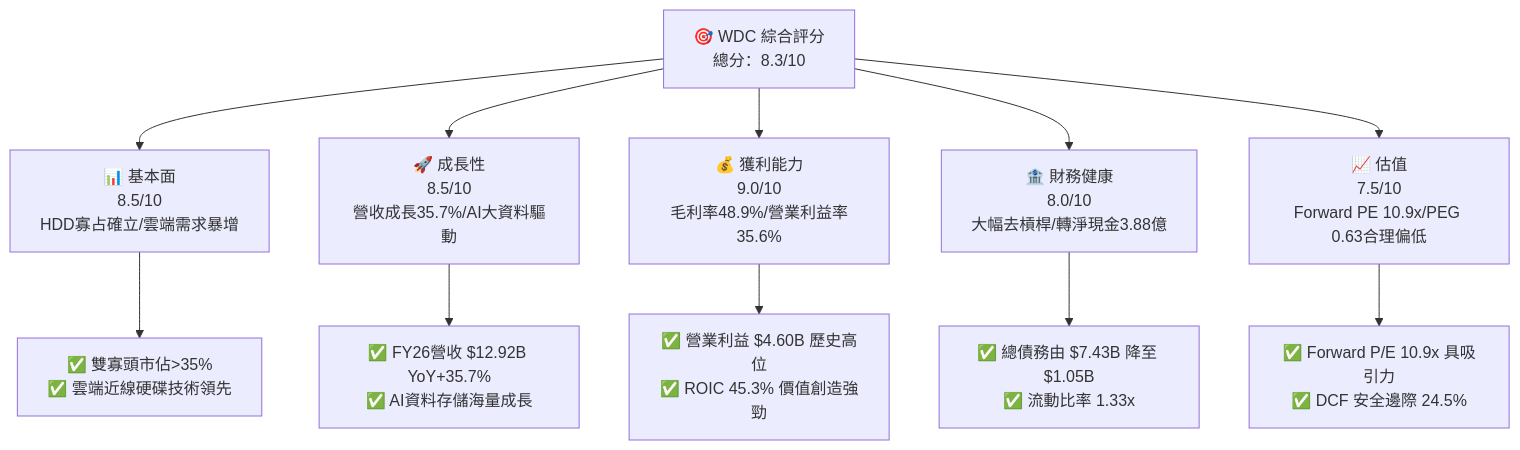
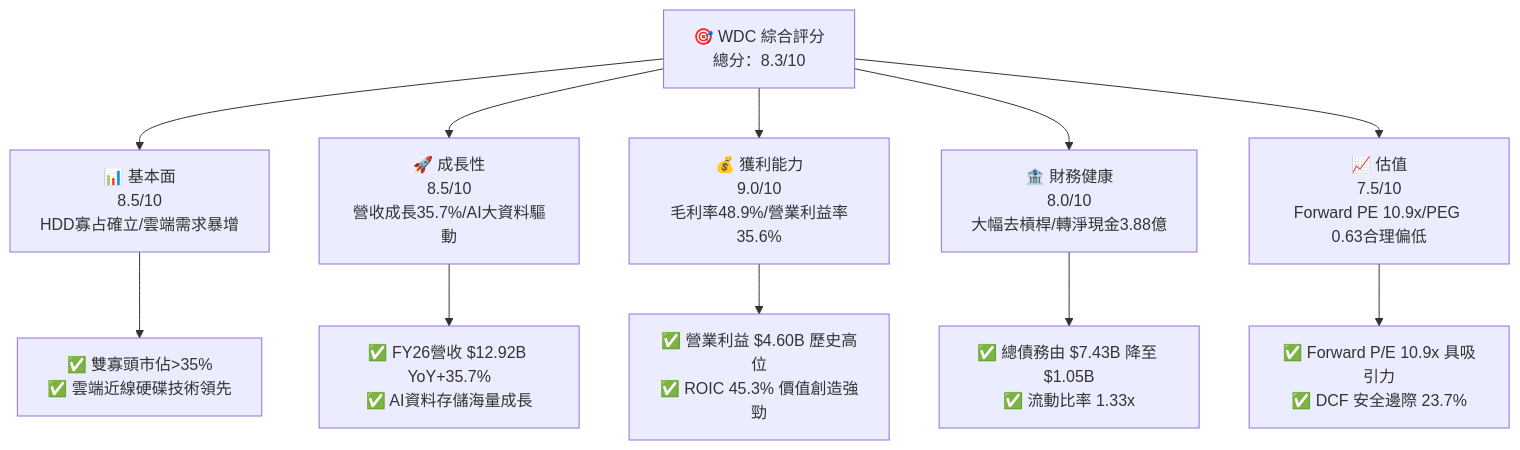
The first of 15 diagrams in ai_gen_report/fundamental/wdc/fundamental_analysis_2026-10-21_gemini.md (yennanliu/finance_data), drawn with Mermaid before and after one commit. The commit also changed other lines of this file and 339 other files, not shown here.

````diff
--- a/ai_gen_report/fundamental/wdc/fundamental_analysis_2026-10-21_gemini.md
+++ b/ai_gen_report/fundamental/wdc/fundamental_analysis_2026-10-21_gemini.md
@@ -58,22 +65,22 @@
 ```mermaid
 graph TD
     TICKER["🎯 WDC 綜合評分<br/>總分：8.3/10"]
 
     F["📊 基本面<br/>8.5/10<br/>HDD寡占確立/雲端需求暴增"]
     G["🚀 成長性<br/>8.5/10<br/>營收成長35.7%/AI大資料驅動"]
     P["💰 獲利能力<br/>9.0/10<br/>毛利率48.9%/營業利益率35.6%"]
     B["🏦 財務健康<br/>8.0/10<br/>大幅去槓桿/轉淨現金3.88億"]
     V["📈 估值<br/>7.5/10<br/>Forward PE 10.9x/PEG 0.63合理偏低"]
 
     TICKER --> F
     TICKER --> G
     TICKER --> P
     TICKER --> B
     TICKER --> V
 
     F --> F1["✅ 雙寡頭市佔>35%<br/>✅ 雲端近線硬碟技術領先"]
     G --> G1["✅ FY26營收 $12.92B YoY+35.7%<br/>✅ AI資料存儲海量成長"]
     P --> P1["✅ 營業利益 $4.60B 歷史高位<br/>✅ ROIC 45.3% 價值創造強勁"]
     B --> B1["✅ 總債務由 $7.43B 降至 $1.05B<br/>✅ 流動比率 1.33x"]
-    V --> V1["✅ Forward P/E 10.9x 具吸引力<br/>✅ DCF 安全邊際 24.5%"]
+    V --> V1["✅ Forward P/E 10.9x 具吸引力<br/>✅ DCF 安全邊際 23.7%"]
 ```
````
